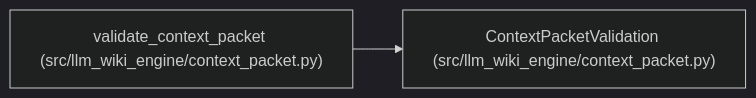
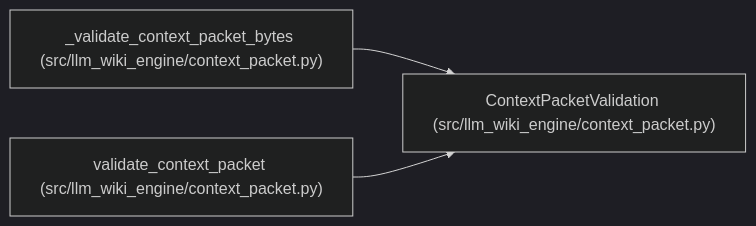
The diagram in docs/llm_wiki/entities/ContextPacketValidation.md (Denissvgn/python-wiki-llm), drawn with Mermaid (dark theme) before and after one commit. The commit also changed other lines of this file and 869 other files, not shown here.

Commit message:
docs: refresh the wiki for the engine layout and producer opt-in

````diff
--- a/docs/llm_wiki/entities/ContextPacketValidation.md
+++ b/docs/llm_wiki/entities/ContextPacketValidation.md
@@ -39,8 +39,11 @@
 ```mermaid
 flowchart LR
     n0["ContextPacketValidation (src/llm_wiki_engine/context_packet.py)"]
-    n1["validate_context_packet (src/llm_wiki_engine/context_packet.py)"]
+    n1["_validate_context_packet_bytes (src/llm_wiki_engine/context_packet.py)"]
+    n2["validate_context_packet (src/llm_wiki_engine/context_packet.py)"]
     n1 --> n0
+    n2 --> n0
     click n0 "../modules/context_packet.md"
     click n1 "../modules/context_packet.md"
+    click n2 "../modules/context_packet.md"
 ```
````
